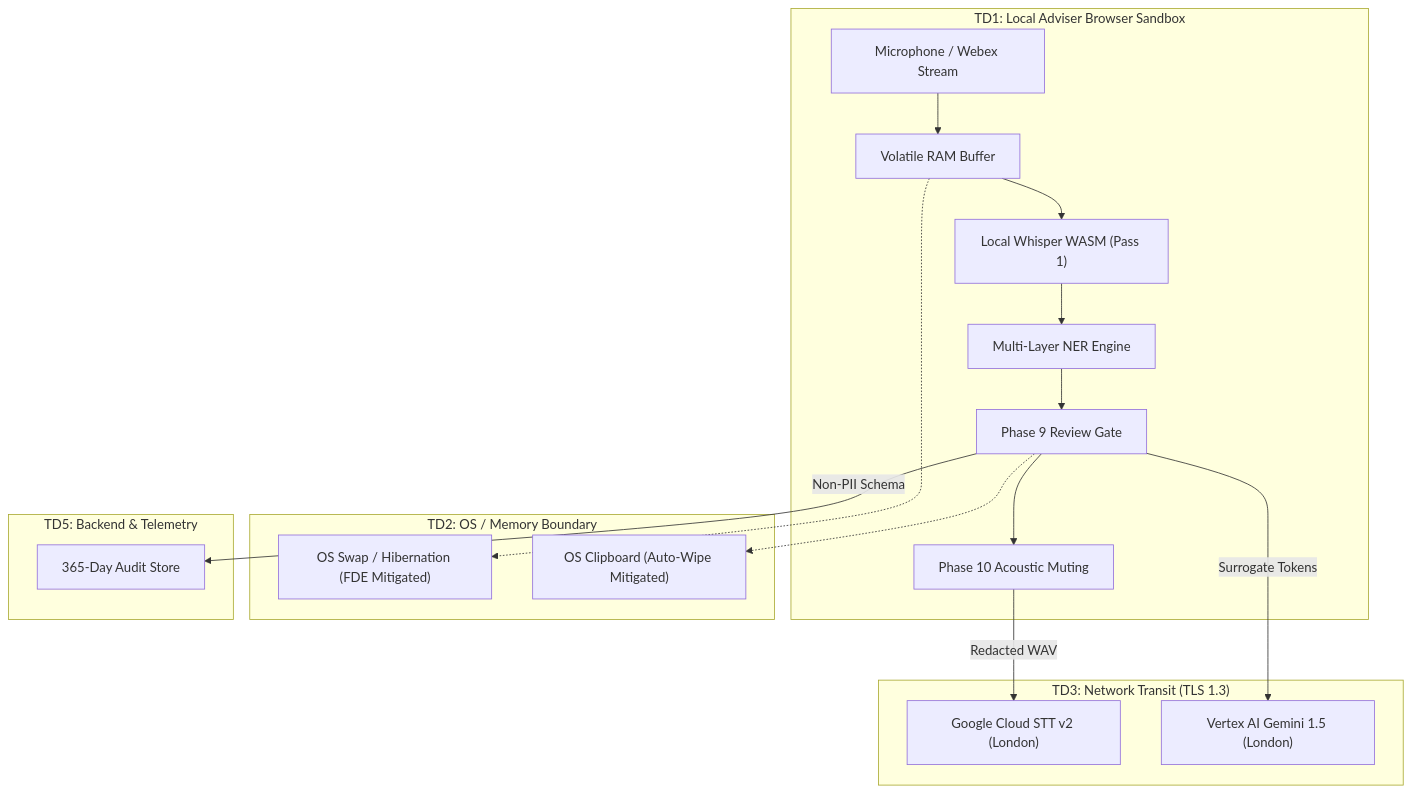
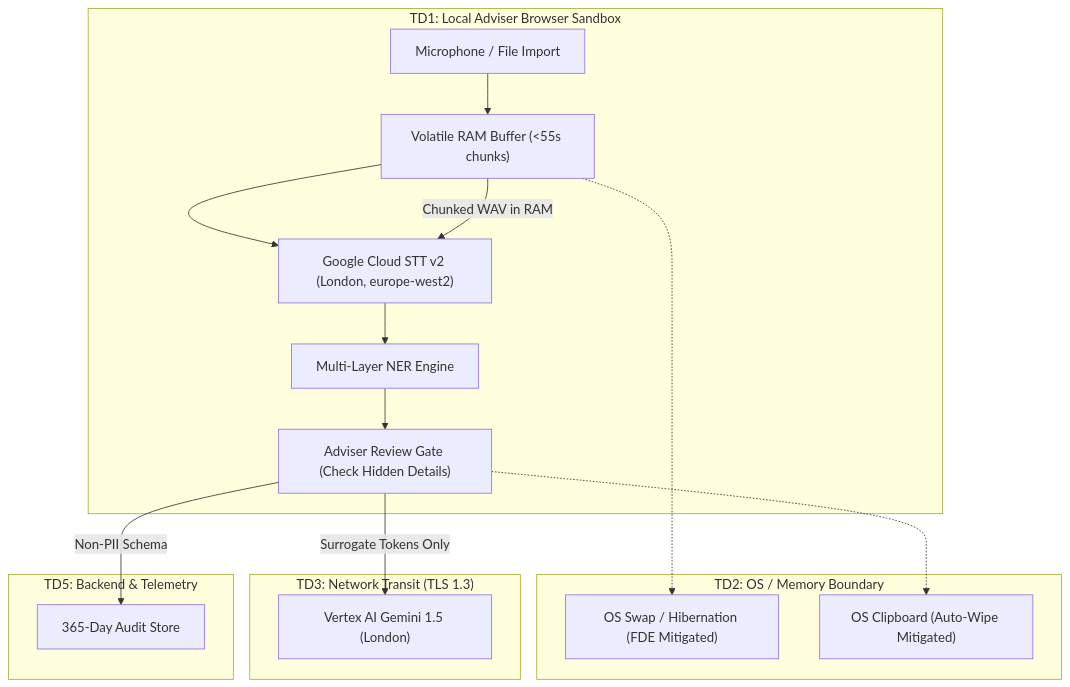
Before and after one commit to AdviceIntelligence/case-ace-v2: the diagram in docs/technical/threat-model.md, drawn with Mermaid. The commit also changed other lines of this file and 25 other files, not shown here.

Commit message:
fix(pilot): sovereign London Cloud STT v2, audio chunker, telemetry alignment, and credential revocation

````diff
--- a/docs/technical/threat-model.md
+++ b/docs/technical/threat-model.md
@@ -22,24 +22,23 @@
 ```mermaid
 flowchart TD
     subgraph TD1["TD1: Local Adviser Browser Sandbox"]
-        MIC["Microphone / Webex Stream"] --> RAM["Volatile RAM Buffer"]
-        RAM --> WASM["Local Whisper WASM (Pass 1)"]
-        WASM --> NER["Multi-Layer NER Engine"]
-        NER --> GATE["Phase 9 Review Gate"]
-        GATE --> MUTE["Phase 10 Acoustic Muting"]
+        MIC["Microphone / File Import"] --> RAM["Volatile RAM Buffer (<55s chunks)"]
+        RAM --> STT["Google Cloud STT v2 (London, europe-west2)"]
+        STT --> NER["Multi-Layer NER Engine"]
+        NER --> GATE["Adviser Review Gate (Check Hidden Details)"]
     end
 
     subgraph TD2["TD2: OS / Memory Boundary"]
         RAM -.-> SWAP["OS Swap / Hibernation (FDE Mitigated)"]
         GATE -.-> CLIP["OS Clipboard (Auto-Wipe Mitigated)"]
     end
 
     subgraph TD3["TD3: Network Transit (TLS 1.3)"]
-        MUTE -->|Redacted WAV| STT["Google Cloud STT v2 (London)"]
-        GATE -->|Surrogate Tokens| LLM["Vertex AI Gemini 1.5 (London)"]
+        RAM -->|Chunked WAV in RAM| STT
+        GATE -->|Surrogate Tokens Only| LLM["Vertex AI Gemini 1.5 (London)"]
     end
 
     subgraph TD5["TD5: Backend & Telemetry"]
         GATE -->|Non-PII Schema| LOGS["365-Day Audit Store"]
     end
 ```
````
